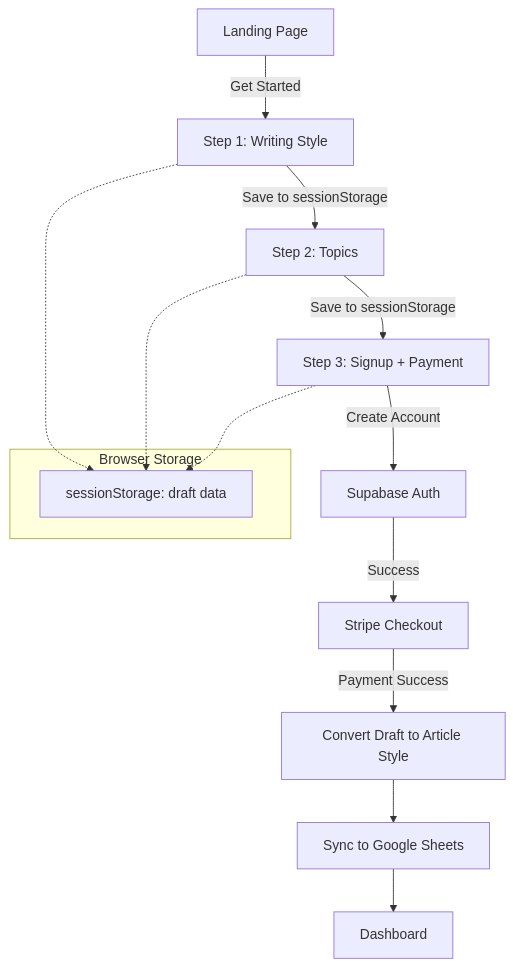
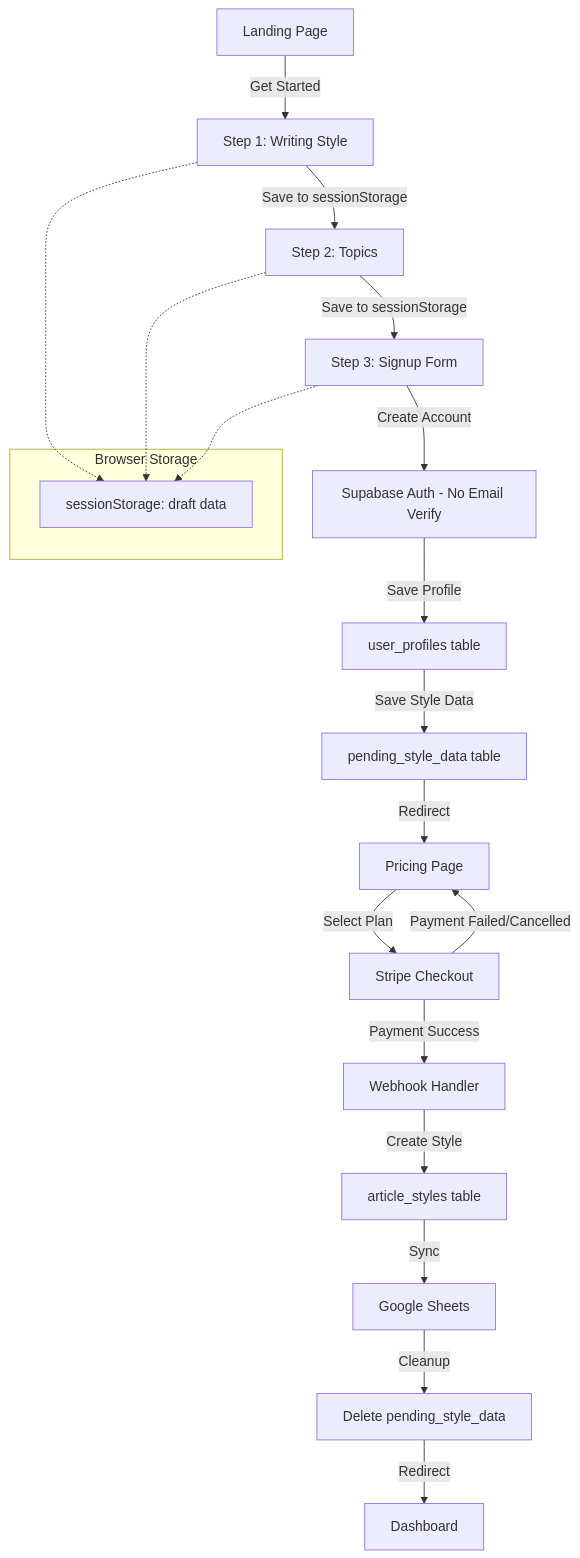
Before and after one commit to Drafter5000/Drafter5000: the first of 2 diagrams in .kiro/specs/onboarding-signup-flow/design.md, drawn with Mermaid. The commit also changed other lines of this file and 43 other files, not shown here.

First line of the commit message:
feat: Redesign dashboard and edit style flow with modern UI

````diff
--- a/.kiro/specs/onboarding-signup-flow/design.md
+++ b/.kiro/specs/onboarding-signup-flow/design.md
@@ -11,19 +17,26 @@
 ```mermaid
 flowchart TD
     A[Landing Page] -->|Get Started| B[Step 1: Writing Style]
     B -->|Save to sessionStorage| C[Step 2: Topics]
-    C -->|Save to sessionStorage| D[Step 3: Signup + Payment]
-    D -->|Create Account| E[Supabase Auth]
-    E -->|Success| F[Stripe Checkout]
-    F -->|Payment Success| G[Convert Draft to Article Style]
-    G --> H[Sync to Google Sheets]
-    H --> I[Dashboard]
+    C -->|Save to sessionStorage| D[Step 3: Signup Form]
+    D -->|Create Account| E[Supabase Auth - No Email Verify]
+    E -->|Save Profile| F[user_profiles table]
+    F -->|Save Style Data| G[pending_style_data table]
+    G -->|Redirect| H[Pricing Page]
+    H -->|Select Plan| I[Stripe Checkout]
+    I -->|Payment Success| J[Webhook Handler]
+    J -->|Create Style| K[article_styles table]
+    K -->|Sync| L[Google Sheets]
+    L -->|Cleanup| M[Delete pending_style_data]
+    M -->|Redirect| N[Dashboard]
+
+    I -->|Payment Failed/Cancelled| H
 
     subgraph Browser Storage
         SS[sessionStorage: draft data]
     end
 
     B -.-> SS
     C -.-> SS
     D -.-> SS
 ```
````
